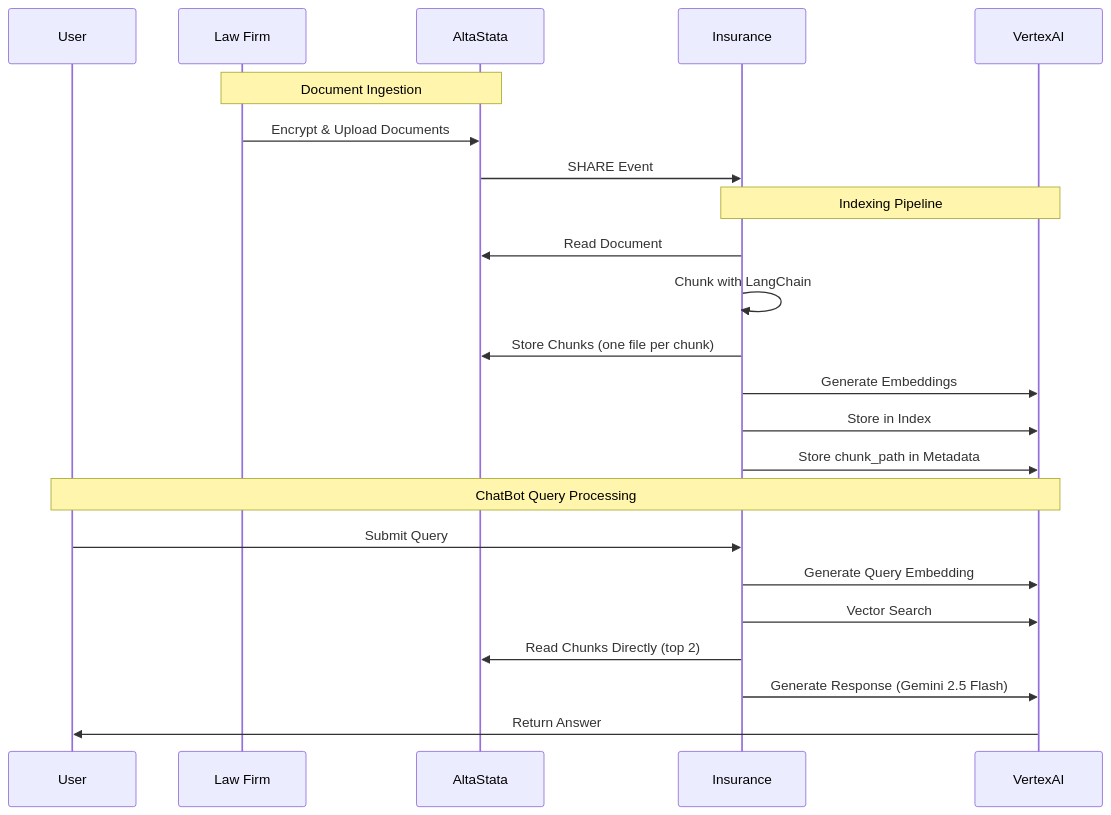
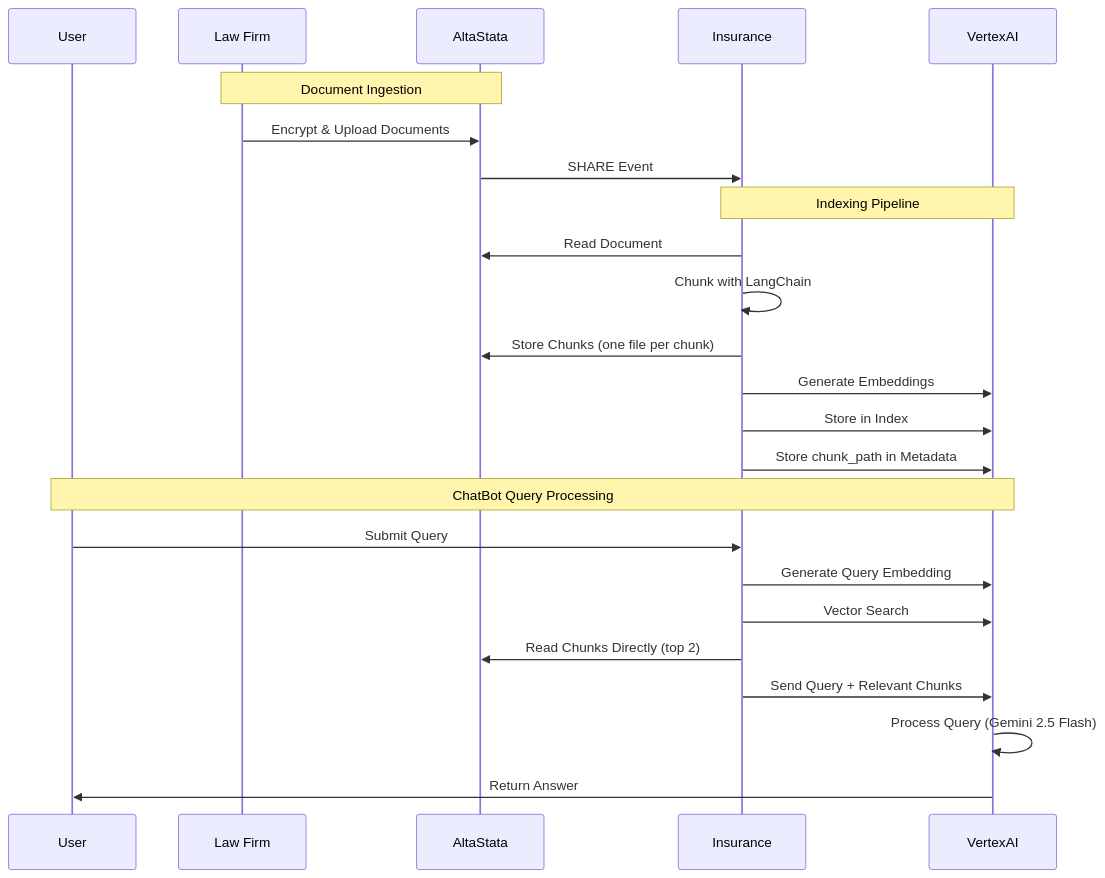
Before and after one commit to SergeVil/altastata-python-package: the second of 2 diagrams in rag-example/rag_architecture_diagram.md, drawn with Mermaid.

Commit message:
Update sequence diagram to show query + chunks sent together
- Show Insurance sends Query + Relevant Chunks to Vertex AI
- Add internal processing step (Vertex AI processes with Gemini)
- Clarify data flow in query processing

````diff
--- a/rag-example/rag_architecture_diagram.md
+++ b/rag-example/rag_architecture_diagram.md
@@ -89,28 +89,29 @@
 ```mermaid
 sequenceDiagram
     participant User
     participant Law Firm
     participant AltaStata
     participant Insurance
     participant VertexAI
     
     Note over Law Firm,AltaStata: Document Ingestion
     Law Firm->>AltaStata: Encrypt & Upload Documents
     AltaStata->>Insurance: SHARE Event
     
     Note over Insurance,VertexAI: Indexing Pipeline
     Insurance->>AltaStata: Read Document
     Insurance->>Insurance: Chunk with LangChain
     Insurance->>AltaStata: Store Chunks (one file per chunk)
     Insurance->>VertexAI: Generate Embeddings
     Insurance->>VertexAI: Store in Index
     Insurance->>VertexAI: Store chunk_path in Metadata
     
     Note over User,VertexAI: ChatBot Query Processing
     User->>Insurance: Submit Query
     Insurance->>VertexAI: Generate Query Embedding
     Insurance->>VertexAI: Vector Search
     Insurance->>AltaStata: Read Chunks Directly (top 2)
-    Insurance->>VertexAI: Generate Response (Gemini 2.5 Flash)
+    Insurance->>VertexAI: Send Query + Relevant Chunks
+    VertexAI->>VertexAI: Process Query (Gemini 2.5 Flash)
     VertexAI->>User: Return Answer
 ```
````
